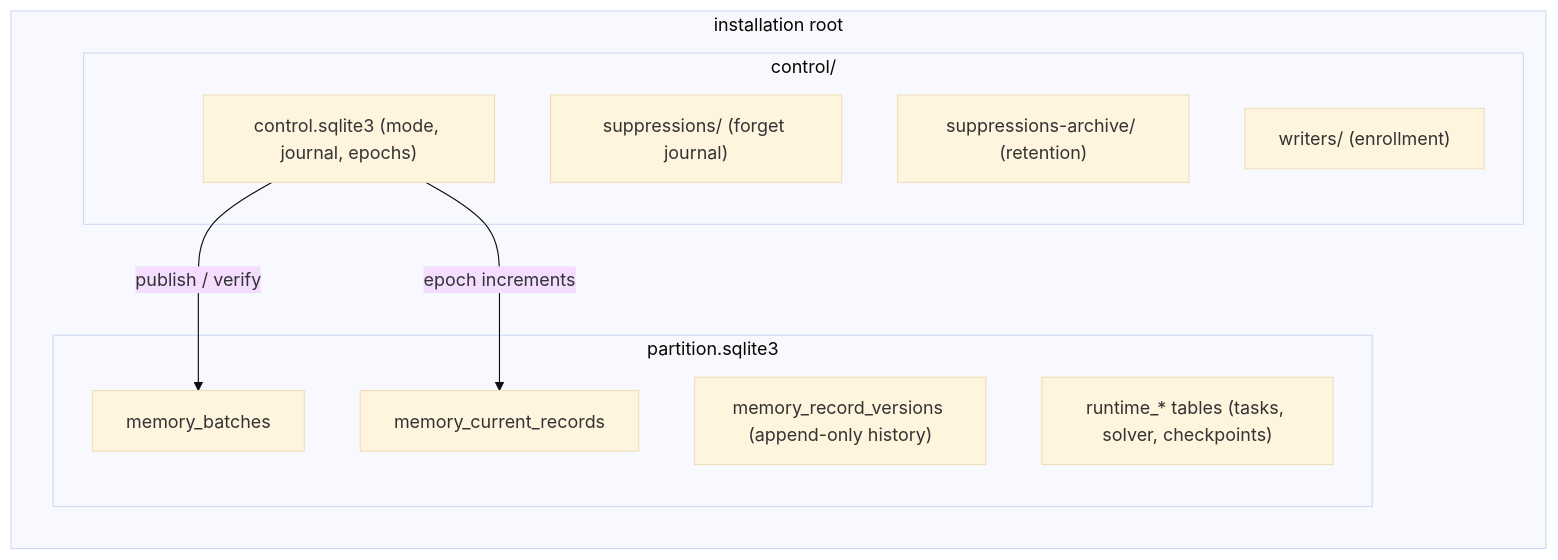
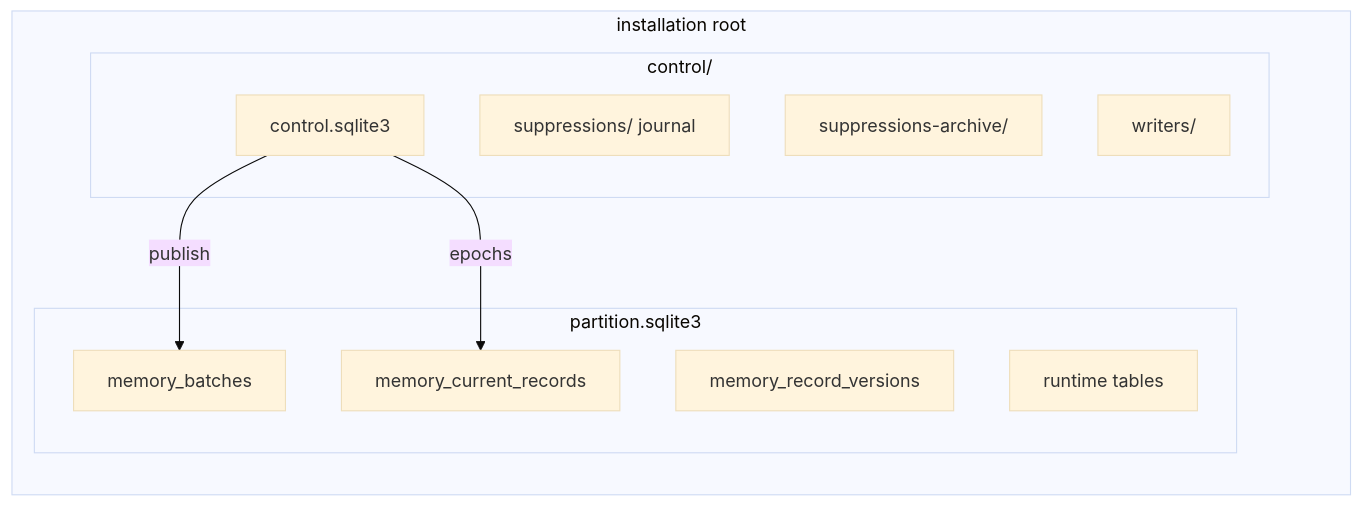
Before and after one commit to nrag/Memorii: the second of 7 diagrams in docs/architecture.md, drawn with Mermaid (base theme). The commit also changed other lines of this file and 1 other file, not shown here.

First line of the commit message:
docs: rewrite the README and architecture guide in Simplified Technical English (ASD-STE100)

````diff
--- a/docs/architecture.md
+++ b/docs/architecture.md
@@ -93,19 +91,19 @@
 ```mermaid
 flowchart LR
     subgraph ROOT["installation root"]
         subgraph C["control/"]
-            CS["control.sqlite3 (mode, journal, epochs)"]
-            SJ["suppressions/ (forget journal)"]
-            SJA["suppressions-archive/ (retention)"]
-            WR["writers/ (enrollment)"]
+            CS["control.sqlite3"]
+            SJ["suppressions/ journal"]
+            SJA["suppressions-archive/"]
+            WR["writers/"]
         end
         subgraph P["partition.sqlite3"]
             MB["memory_batches"]
-            VR["memory_record_versions (append-only history)"]
+            VR["memory_record_versions"]
             CR["memory_current_records"]
-            RT["runtime_* tables (tasks, solver, checkpoints)"]
+            RT["runtime tables"]
         end
     end
-    CS -->|"publish / verify"| MB
-    CS -->|"epoch increments"| CR
+    CS -->|"publish"| MB
+    CS -->|"epochs"| CR
 ```
````
